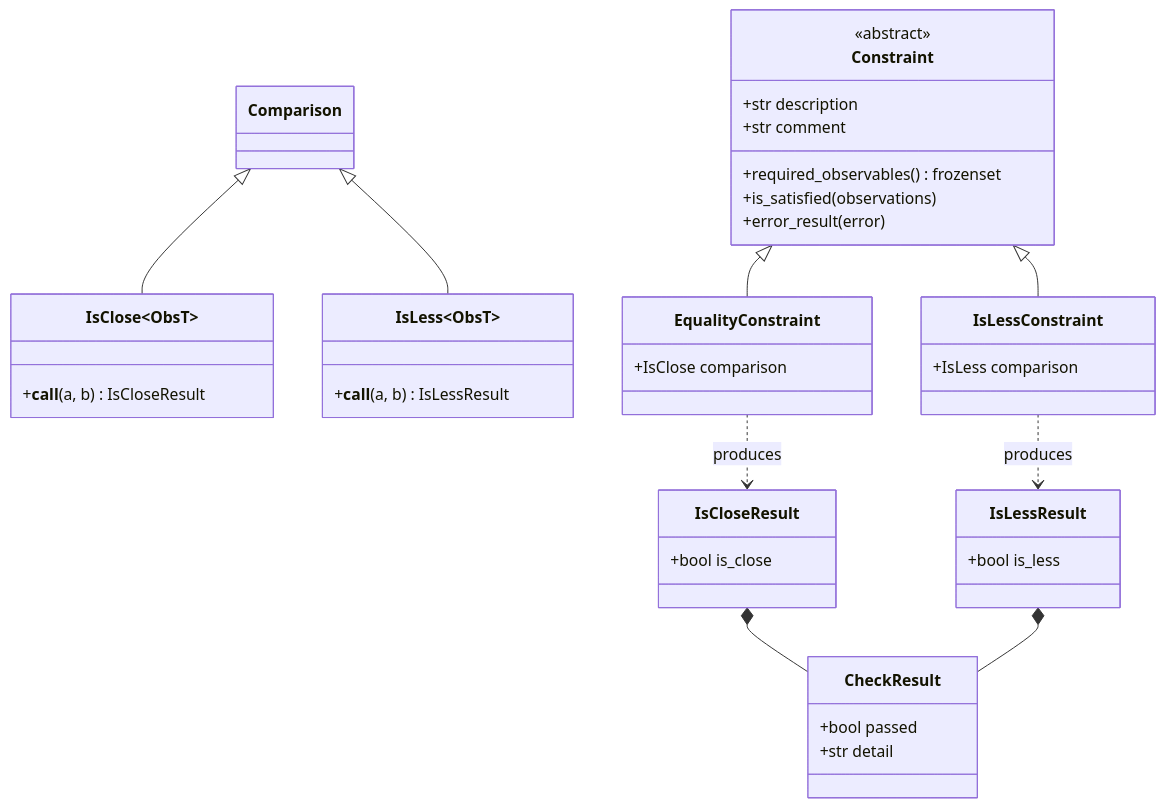
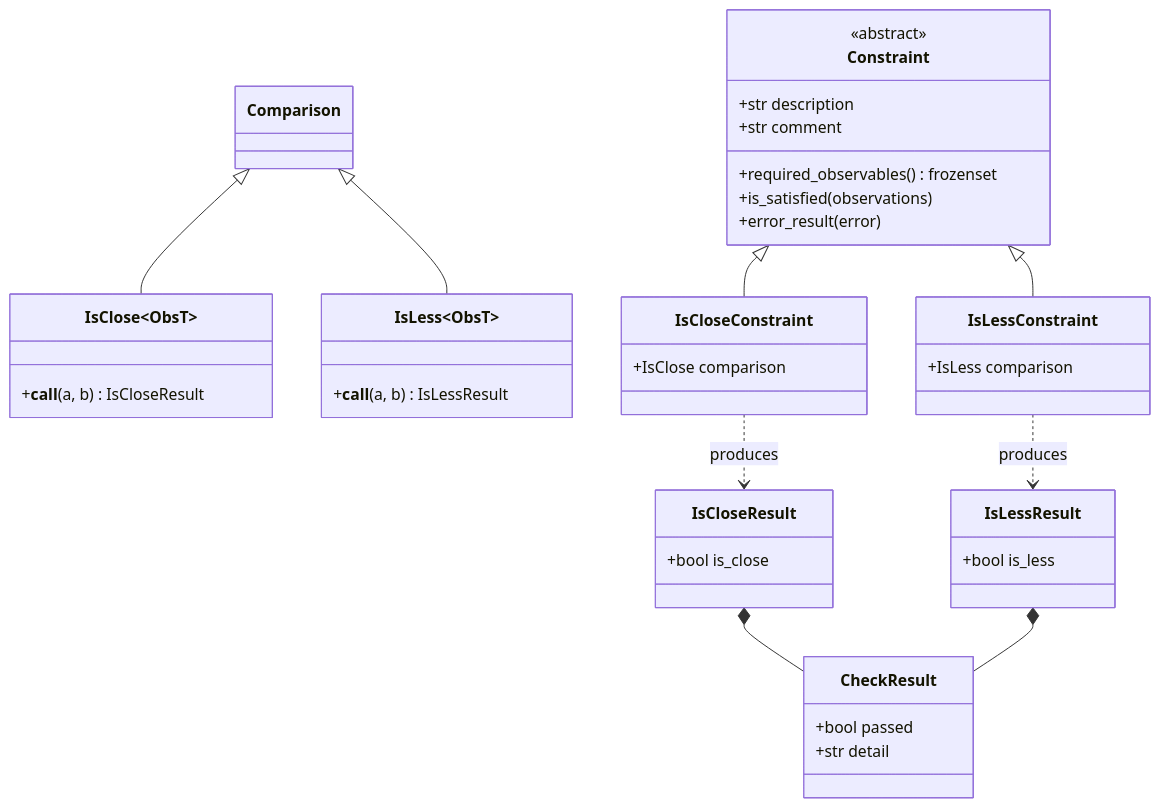
The second of 6 diagrams in docs/constraints/index.md (bmad-sim/pytao), drawn with Mermaid before and after one commit. The commit also changed other lines of this file and 5 other files, not shown here.

````diff
--- a/docs/constraints/index.md
+++ b/docs/constraints/index.md
@@ -47,45 +47,45 @@
 ```mermaid
 classDiagram
     class Comparison
     class IsClose~ObsT~ {
         +__call__(a, b) IsCloseResult
     }
     class IsLess~ObsT~ {
         +__call__(a, b) IsLessResult
     }
     Comparison <|-- IsClose
     Comparison <|-- IsLess
 
     class Constraint {
         <<abstract>>
         +str description
         +str comment
         +required_observables() frozenset
         +is_satisfied(observations)
         +error_result(error)
     }
-    class EqualityConstraint {
+    class IsCloseConstraint {
         +IsClose comparison
     }
     class IsLessConstraint {
         +IsLess comparison
     }
-    Constraint <|-- EqualityConstraint
+    Constraint <|-- IsCloseConstraint
     Constraint <|-- IsLessConstraint
 
     class CheckResult {
         +bool passed
         +str detail
     }
     class IsCloseResult {
         +bool is_close
     }
     class IsLessResult {
         +bool is_less
     }
 
-    EqualityConstraint ..> IsCloseResult : produces
+    IsCloseConstraint ..> IsCloseResult : produces
     IsLessConstraint ..> IsLessResult : produces
     IsCloseResult *-- CheckResult
     IsLessResult *-- CheckResult
 ```
````
